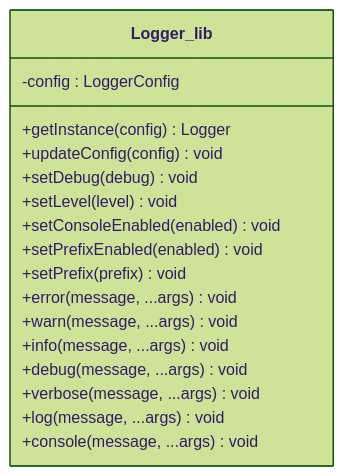
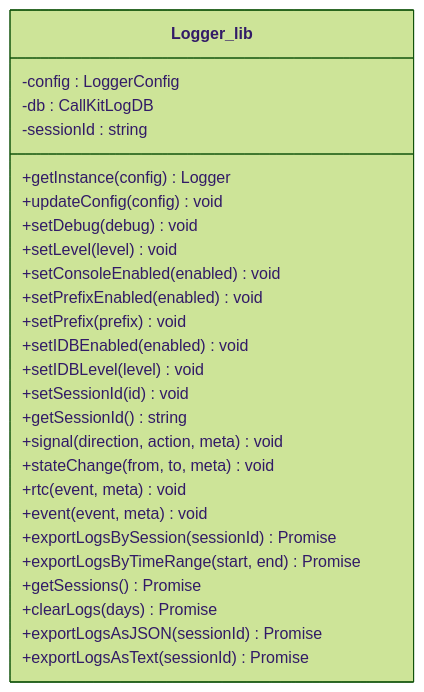
The fourth of 6 diagrams in .qoder/repowiki/zh/content/工具函数/日志管理器.md (Easemob-Community/easemob-uikit-callkit-vue3), drawn with Mermaid (forest theme) before and after one commit. The commit also changed other lines of this file and 58 other files, not shown here.

````diff
--- a/.qoder/repowiki/zh/content/工具函数/日志管理器.md
+++ b/.qoder/repowiki/zh/content/工具函数/日志管理器.md
@@ -184,20 +223,29 @@
 ```mermaid
 classDiagram
 class Logger_lib {
 -config : LoggerConfig
+-db : CallKitLogDB
+-sessionId : string
 +getInstance(config) Logger
 +updateConfig(config) void
 +setDebug(debug) void
 +setLevel(level) void
 +setConsoleEnabled(enabled) void
 +setPrefixEnabled(enabled) void
 +setPrefix(prefix) void
-+error(message, ...args) void
-+warn(message, ...args) void
-+info(message, ...args) void
-+debug(message, ...args) void
-+verbose(message, ...args) void
-+log(message, ...args) void
-+console(message, ...args) void
++setIDBEnabled(enabled) void
++setIDBLevel(level) void
++setSessionId(id) void
++getSessionId() string
++signal(direction, action, meta) void
++stateChange(from, to, meta) void
++rtc(event, meta) void
++event(event, meta) void
++exportLogsBySession(sessionId) Promise
++exportLogsByTimeRange(start, end) Promise
++getSessions() Promise
++clearLogs(days) Promise
++exportLogsAsJSON(sessionId) Promise
++exportLogsAsText(sessionId) Promise
 }
 ```
````
